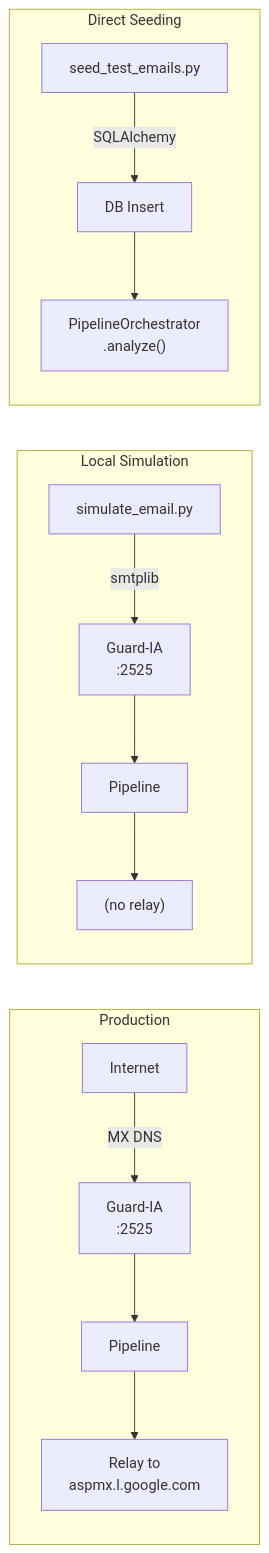
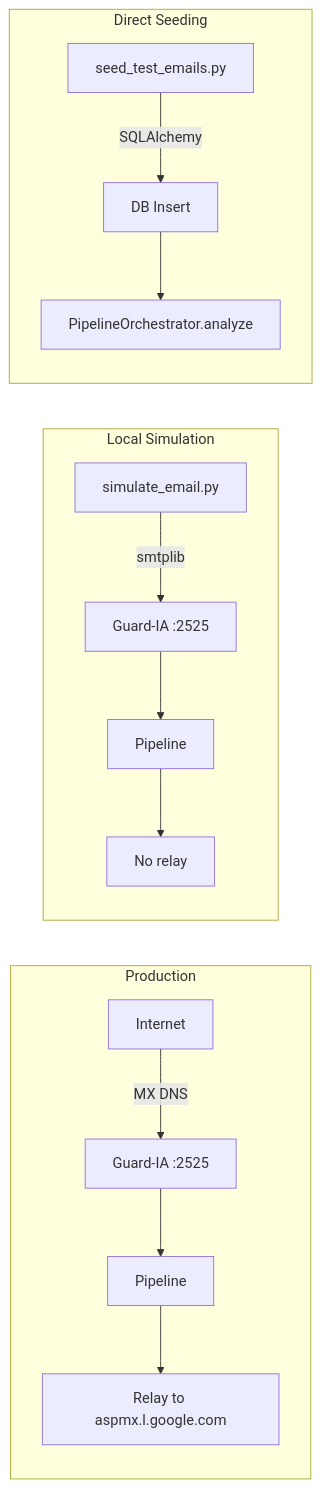
Before and after one commit to sogliano/guardia: the seventh of 7 diagrams in docs/ARCHITECTURE.md, drawn with Mermaid. The commit also changed other lines of this file and 2 other files, not shown here.

````diff
--- a/docs/ARCHITECTURE.md
+++ b/docs/ARCHITECTURE.md
@@ -751,19 +751,19 @@
 ```mermaid
 graph LR
     subgraph Production
-        I1["Internet"] -->|MX DNS| GW1["Guard-IA\n:2525"]
+        I1["Internet"] -->|MX DNS| GW1["Guard-IA :2525"]
         GW1 --> P1["Pipeline"]
-        P1 --> R1["Relay to\naspmx.l.google.com"]
+        P1 --> R1["Relay to aspmx.l.google.com"]
     end
 
-    subgraph Local Simulation
-        SIM["simulate_email.py"] -->|smtplib| GW2["Guard-IA\n:2525"]
+    subgraph Local["Local Simulation"]
+        SIM["simulate_email.py"] -->|smtplib| GW2["Guard-IA :2525"]
         GW2 --> P2["Pipeline"]
-        P2 --> X1["(no relay)"]
+        P2 --> X1["No relay"]
     end
 
-    subgraph Direct Seeding
+    subgraph Seeding["Direct Seeding"]
         SEED["seed_test_emails.py"] -->|SQLAlchemy| DB["DB Insert"]
-        DB --> ORCH["PipelineOrchestrator\n.analyze()"]
+        DB --> ORCH["PipelineOrchestrator.analyze"]
     end
 ```
````
